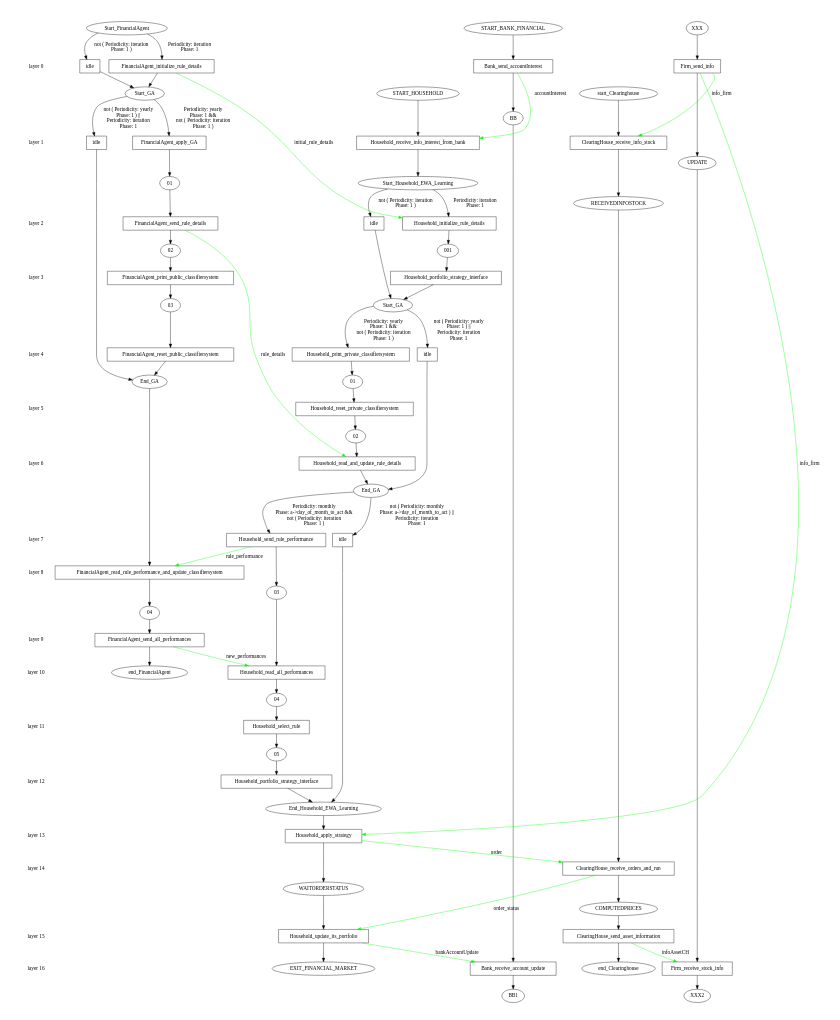
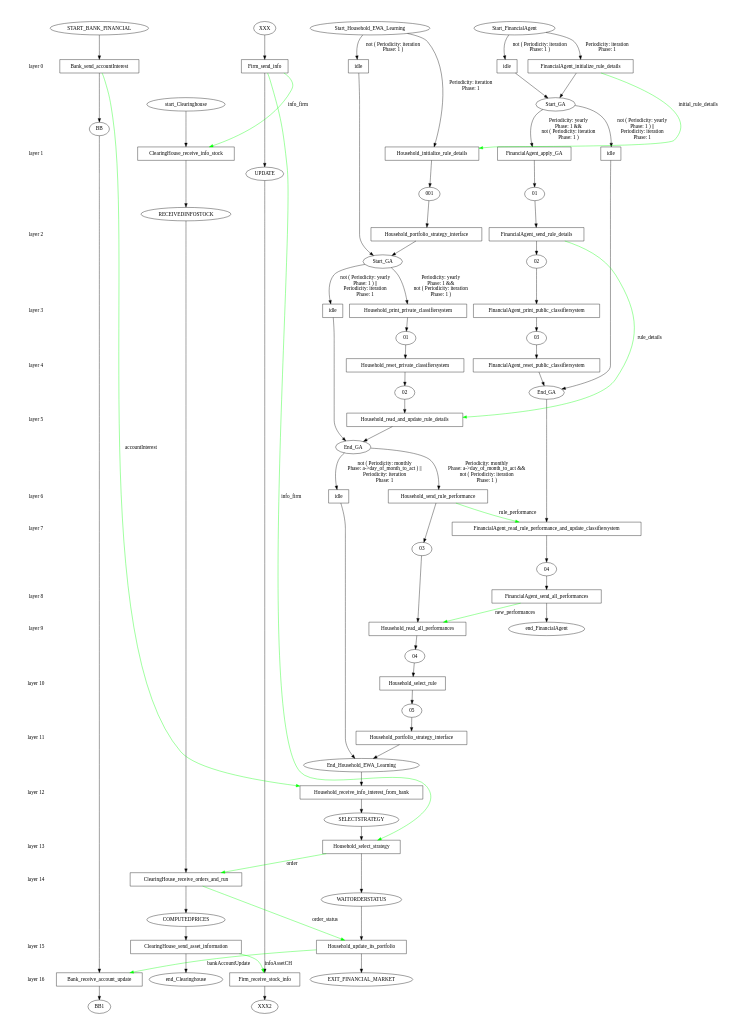
Before and after one commit to ETACE/EURACE: the diagram in models/AFM/afm_branches/initial/stategraph.dot, drawn with Graphviz. The commit also changed 7 other files, not shown here.

```diff
--- a/models/AFM/afm_branches/initial/stategraph.dot
+++ b/models/AFM/afm_branches/initial/stategraph.dot
@@ -46,7 +46,7 @@
 	FinancialAgent_Start_FinancialAgent [label = "Start_FinancialAgent"]
 	Household_EXIT_FINANCIAL_MARKET [label = "EXIT_FINANCIAL_MARKET"]
 	Household_WAITORDERSTATUS [label = "WAITORDERSTATUS"]
-	Household_START_HOUSEHOLD [label = "START_HOUSEHOLD"]
+	Household_SELECTSTRATEGY [label = "SELECTSTRATEGY"]
 	Household_05 [label = "05"]
 	Household_04 [label = "04"]
 	Household_03 [label = "03"]
@@ -88,8 +88,8 @@
 	Household_Household_read_all_performances_03_04 [label = "Household_read_all_performances", shape = rect]
 	Household_Household_select_rule_04_05 [label = "Household_select_rule", shape = rect]
 	Household_Household_portfolio_strategy_interface_05_End_Household_EWA_Learning [label = "Household_portfolio_strategy_interface", shape = rect]
-	Household_Household_receive_info_interest_from_bank_START_HOUSEHOLD_Start_Household_EWA_Learning [label = "Household_receive_info_interest_from_bank", shape = rect]
-	Household_Household_apply_strategy_End_Household_EWA_Learning_WAITORDERSTATUS [label = "Household_apply_strategy", shape = rect]
+	Household_Household_receive_info_interest_from_bank_End_Household_EWA_Learning_SELECTSTRATEGY [label = "Household_receive_info_interest_from_bank", shape = rect]
+	Household_Household_select_strategy_SELECTSTRATEGY_WAITORDERSTATUS [label = "Household_select_strategy", shape = rect]
 	Household_Household_update_its_portfolio_WAITORDERSTATUS_EXIT_FINANCIAL_MARKET [label = "Household_update_its_portfolio", shape = rect]
 	Clearinghouse_ClearingHouse_receive_info_stock_start_Clearinghouse_RECEIVEDINFOSTOCK [label = "ClearingHouse_receive_info_stock", shape = rect]
 	Clearinghouse_ClearingHouse_receive_orders_and_run_RECEIVEDINFOSTOCK_COMPUTEDPRICES [label = "ClearingHouse_receive_orders_and_run", shape = rect]
@@ -142,10 +142,10 @@
 	Household_Household_select_rule_04_05 -> Household_05;
 	Household_05 -> Household_Household_portfolio_strategy_interface_05_End_Household_EWA_Learning;
 	Household_Household_portfolio_strategy_interface_05_End_Household_EWA_Learning -> Household_End_Household_EWA_Learning;
-	Household_START_HOUSEHOLD -> Household_Household_receive_info_interest_from_bank_START_HOUSEHOLD_Start_Household_EWA_Learning;
-	Household_Household_receive_info_interest_from_bank_START_HOUSEHOLD_Start_Household_EWA_Learning -> Household_Start_Household_EWA_Learning;
-	Household_End_Household_EWA_Learning -> Household_Household_apply_strategy_End_Household_EWA_Learning_WAITORDERSTATUS;
-	Household_Household_apply_strategy_End_Household_EWA_Learning_WAITORDERSTATUS -> Household_WAITORDERSTATUS;
+	Household_End_Household_EWA_Learning -> Household_Household_receive_info_interest_from_bank_End_Household_EWA_Learning_SELECTSTRATEGY;
+	Household_Household_receive_info_interest_from_bank_End_Household_EWA_Learning_SELECTSTRATEGY -> Household_SELECTSTRATEGY;
+	Household_SELECTSTRATEGY -> Household_Household_select_strategy_SELECTSTRATEGY_WAITORDERSTATUS;
+	Household_Household_select_strategy_SELECTSTRATEGY_WAITORDERSTATUS -> Household_WAITORDERSTATUS;
 	Household_WAITORDERSTATUS -> Household_Household_update_its_portfolio_WAITORDERSTATUS_EXIT_FINANCIAL_MARKET;
 	Household_Household_update_its_portfolio_WAITORDERSTATUS_EXIT_FINANCIAL_MARKET -> Household_EXIT_FINANCIAL_MARKET;
 	Clearinghouse_start_Clearinghouse -> Clearinghouse_ClearingHouse_receive_info_stock_start_Clearinghouse_RECEIVEDINFOSTOCK;
@@ -166,29 +166,29 @@
 	/* Communications */
 	Clearinghouse_ClearingHouse_send_asset_information_COMPUTEDPRICES_end_Clearinghouse -> Firm_Firm_receive_stock_info_UPDATE_XXX2 [ label = "infoAssetCH" color="#00ff00" constraint=false];
 	Household_Household_update_its_portfolio_WAITORDERSTATUS_EXIT_FINANCIAL_MARKET -> Bank_Bank_receive_account_update_BB_BB1 [ label = "bankAccountUpdate" color="#00ff00" constraint=false];
-	Household_Household_apply_strategy_End_Household_EWA_Learning_WAITORDERSTATUS -> Clearinghouse_ClearingHouse_receive_orders_and_run_RECEIVEDINFOSTOCK_COMPUTEDPRICES [ label = "order" color="#00ff00" constraint=false];
+	Household_Household_select_strategy_SELECTSTRATEGY_WAITORDERSTATUS -> Clearinghouse_ClearingHouse_receive_orders_and_run_RECEIVEDINFOSTOCK_COMPUTEDPRICES [ label = "order" color="#00ff00" constraint=false];
 	Firm_Firm_send_info_XXX_UPDATE -> Clearinghouse_ClearingHouse_receive_info_stock_start_Clearinghouse_RECEIVEDINFOSTOCK [ label = "info_firm" color="#00ff00" constraint=false];
 	Clearinghouse_ClearingHouse_receive_orders_and_run_RECEIVEDINFOSTOCK_COMPUTEDPRICES -> Household_Household_update_its_portfolio_WAITORDERSTATUS_EXIT_FINANCIAL_MARKET [ label = "order_status" color="#00ff00" constraint=false];
-	Firm_Firm_send_info_XXX_UPDATE -> Household_Household_apply_strategy_End_Household_EWA_Learning_WAITORDERSTATUS [ label = "info_firm" color="#00ff00" constraint=false];
-	Bank_Bank_send_accountInterest_START_BANK_FINANCIAL_BB -> Household_Household_receive_info_interest_from_bank_START_HOUSEHOLD_Start_Household_EWA_Learning [ label = "accountInterest" color="#00ff00" constraint=false];
+	Firm_Firm_send_info_XXX_UPDATE -> Household_Household_select_strategy_SELECTSTRATEGY_WAITORDERSTATUS [ label = "info_firm" color="#00ff00" constraint=false];
+	Bank_Bank_send_accountInterest_START_BANK_FINANCIAL_BB -> Household_Household_receive_info_interest_from_bank_End_Household_EWA_Learning_SELECTSTRATEGY [ label = "accountInterest" color="#00ff00" constraint=false];
 	FinancialAgent_FinancialAgent_send_all_performances_04_end_FinancialAgent -> Household_Household_read_all_performances_03_04 [ label = "new_performances" color="#00ff00" constraint=false];
 	FinancialAgent_FinancialAgent_send_rule_details_01_02 -> Household_Household_read_and_update_rule_details_02_End_GA [ label = "rule_details" color="#00ff00" constraint=false];
 	FinancialAgent_FinancialAgent_initialize_rule_details_Start_FinancialAgent_Start_GA -> Household_Household_initialize_rule_details_Start_Household_EWA_Learning_001 [ label = "initial_rule_details" color="#00ff00" constraint=false];
 	Household_Household_send_rule_performance_End_GA_03 -> FinancialAgent_FinancialAgent_read_rule_performance_and_update_classifiersystem_End_GA_04 [ label = "rule_performance" color="#00ff00" constraint=false];
-	{ rank=same; layer_0;  FinancialAgent_idle_Start_FinancialAgent_Start_GA;  FinancialAgent_FinancialAgent_initialize_rule_details_Start_FinancialAgent_Start_GA;  Bank_Bank_send_accountInterest_START_BANK_FINANCIAL_BB;  Firm_Firm_send_info_XXX_UPDATE; }
-	{ rank=same; layer_1;  FinancialAgent_idle_Start_GA_End_GA;  FinancialAgent_FinancialAgent_apply_GA_Start_GA_01;  Household_Household_receive_info_interest_from_bank_START_HOUSEHOLD_Start_Household_EWA_Learning;  Clearinghouse_ClearingHouse_receive_info_stock_start_Clearinghouse_RECEIVEDINFOSTOCK; }
-	{ rank=same; layer_2;  FinancialAgent_FinancialAgent_send_rule_details_01_02;  Household_idle_Start_Household_EWA_Learning_Start_GA;  Household_Household_initialize_rule_details_Start_Household_EWA_Learning_001; }
-	{ rank=same; layer_3;  FinancialAgent_FinancialAgent_print_public_classifiersystem_02_03;  Household_Household_portfolio_strategy_interface_001_Start_GA; }
-	{ rank=same; layer_4;  FinancialAgent_FinancialAgent_reset_public_classifiersystem_03_End_GA;  Household_idle_Start_GA_End_GA;  Household_Household_print_private_classifiersystem_Start_GA_01; }
-	{ rank=same; layer_5;  Household_Household_reset_private_classifiersystem_01_02; }
-	{ rank=same; layer_6;  Household_Household_read_and_update_rule_details_02_End_GA; }
-	{ rank=same; layer_7;  Household_idle_End_GA_End_Household_EWA_Learning;  Household_Household_send_rule_performance_End_GA_03; }
-	{ rank=same; layer_8;  FinancialAgent_FinancialAgent_read_rule_performance_and_update_classifiersystem_End_GA_04; }
-	{ rank=same; layer_9;  FinancialAgent_FinancialAgent_send_all_performances_04_end_FinancialAgent; }
-	{ rank=same; layer_10;  Household_Household_read_all_performances_03_04; }
-	{ rank=same; layer_11;  Household_Household_select_rule_04_05; }
-	{ rank=same; layer_12;  Household_Household_portfolio_strategy_interface_05_End_Household_EWA_Learning; }
-	{ rank=same; layer_13;  Household_Household_apply_strategy_End_Household_EWA_Learning_WAITORDERSTATUS; }
+	{ rank=same; layer_0;  FinancialAgent_idle_Start_FinancialAgent_Start_GA;  FinancialAgent_FinancialAgent_initialize_rule_details_Start_FinancialAgent_Start_GA;  Household_idle_Start_Household_EWA_Learning_Start_GA;  Bank_Bank_send_accountInterest_START_BANK_FINANCIAL_BB;  Firm_Firm_send_info_XXX_UPDATE; }
+	{ rank=same; layer_1;  FinancialAgent_idle_Start_GA_End_GA;  FinancialAgent_FinancialAgent_apply_GA_Start_GA_01;  Household_Household_initialize_rule_details_Start_Household_EWA_Learning_001;  Clearinghouse_ClearingHouse_receive_info_stock_start_Clearinghouse_RECEIVEDINFOSTOCK; }
+	{ rank=same; layer_2;  FinancialAgent_FinancialAgent_send_rule_details_01_02;  Household_Household_portfolio_strategy_interface_001_Start_GA; }
+	{ rank=same; layer_3;  FinancialAgent_FinancialAgent_print_public_classifiersystem_02_03;  Household_idle_Start_GA_End_GA;  Household_Household_print_private_classifiersystem_Start_GA_01; }
+	{ rank=same; layer_4;  FinancialAgent_FinancialAgent_reset_public_classifiersystem_03_End_GA;  Household_Household_reset_private_classifiersystem_01_02; }
+	{ rank=same; layer_5;  Household_Household_read_and_update_rule_details_02_End_GA; }
+	{ rank=same; layer_6;  Household_idle_End_GA_End_Household_EWA_Learning;  Household_Household_send_rule_performance_End_GA_03; }
+	{ rank=same; layer_7;  FinancialAgent_FinancialAgent_read_rule_performance_and_update_classifiersystem_End_GA_04; }
+	{ rank=same; layer_8;  FinancialAgent_FinancialAgent_send_all_performances_04_end_FinancialAgent; }
+	{ rank=same; layer_9;  Household_Household_read_all_performances_03_04; }
+	{ rank=same; layer_10;  Household_Household_select_rule_04_05; }
+	{ rank=same; layer_11;  Household_Household_portfolio_strategy_interface_05_End_Household_EWA_Learning; }
+	{ rank=same; layer_12;  Household_Household_receive_info_interest_from_bank_End_Household_EWA_Learning_SELECTSTRATEGY; }
+	{ rank=same; layer_13;  Household_Household_select_strategy_SELECTSTRATEGY_WAITORDERSTATUS; }
 	{ rank=same; layer_14;  Clearinghouse_ClearingHouse_receive_orders_and_run_RECEIVEDINFOSTOCK_COMPUTEDPRICES; }
 	{ rank=same; layer_15;  Household_Household_update_its_portfolio_WAITORDERSTATUS_EXIT_FINANCIAL_MARKET;  Clearinghouse_ClearingHouse_send_asset_information_COMPUTEDPRICES_end_Clearinghouse; }
 	{ rank=same; layer_16;  Bank_Bank_receive_account_update_BB_BB1;  Firm_Firm_receive_stock_info_UPDATE_XXX2; }
```
